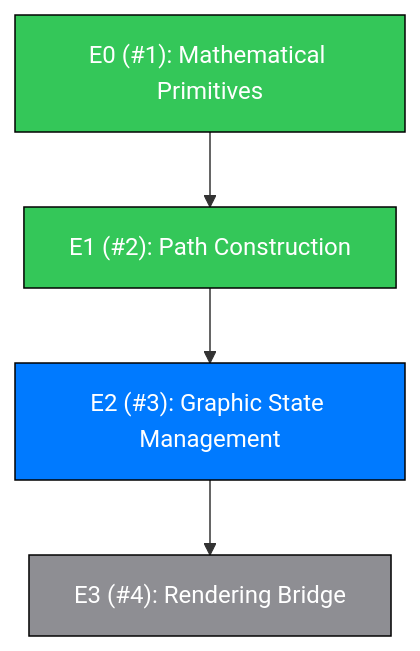
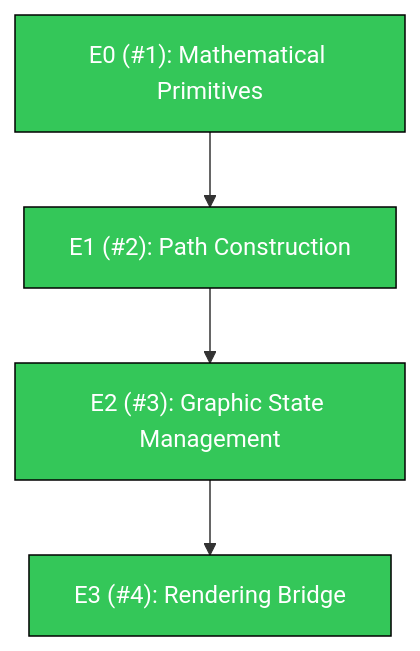
One commit to SlayerMotion/PureDraw changed the second of 2 diagrams in README.md. Above: the diagram before and after it, drawn with Mermaid. The commit also changed 24 other files, not shown here.

First line of the commit message:
feat(graphics): implement state management, validation, and rendering bridges

````diff
--- a/README.md
+++ b/README.md
@@ -45,17 +45,17 @@
 ```mermaid
 flowchart TB
 classDef done fill:#34c759,stroke:#000,color:#fff
 classDef active fill:#007aff,stroke:#000,color:#fff
 classDef review fill:#ff9500,stroke:#000,color:#fff
 classDef todo fill:#8e8e93,stroke:#000,color:#fff
 classDef blocked fill:#ff3b30,stroke:#000,color:#fff
 
 E0["E0 (#1): Mathematical Primitives"]:::done
 E1["E1 (#2): Path Construction"]:::done
-E2["E2 (#3): Graphic State Management"]:::active
-E3["E3 (#4): Rendering Bridge"]:::todo
+E2["E2 (#3): Graphic State Management"]:::done
+E3["E3 (#4): Rendering Bridge"]:::done
 
 E0 --> E1
 E1 --> E2
 E2 --> E3
 ```
````
